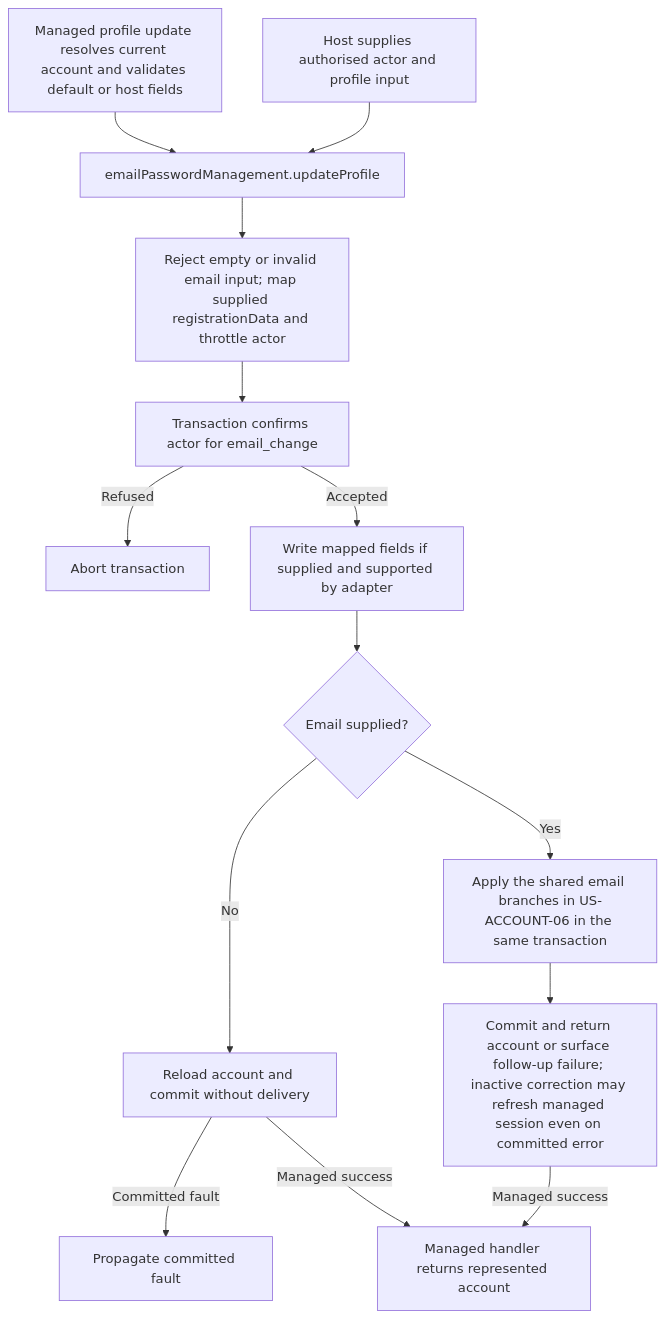
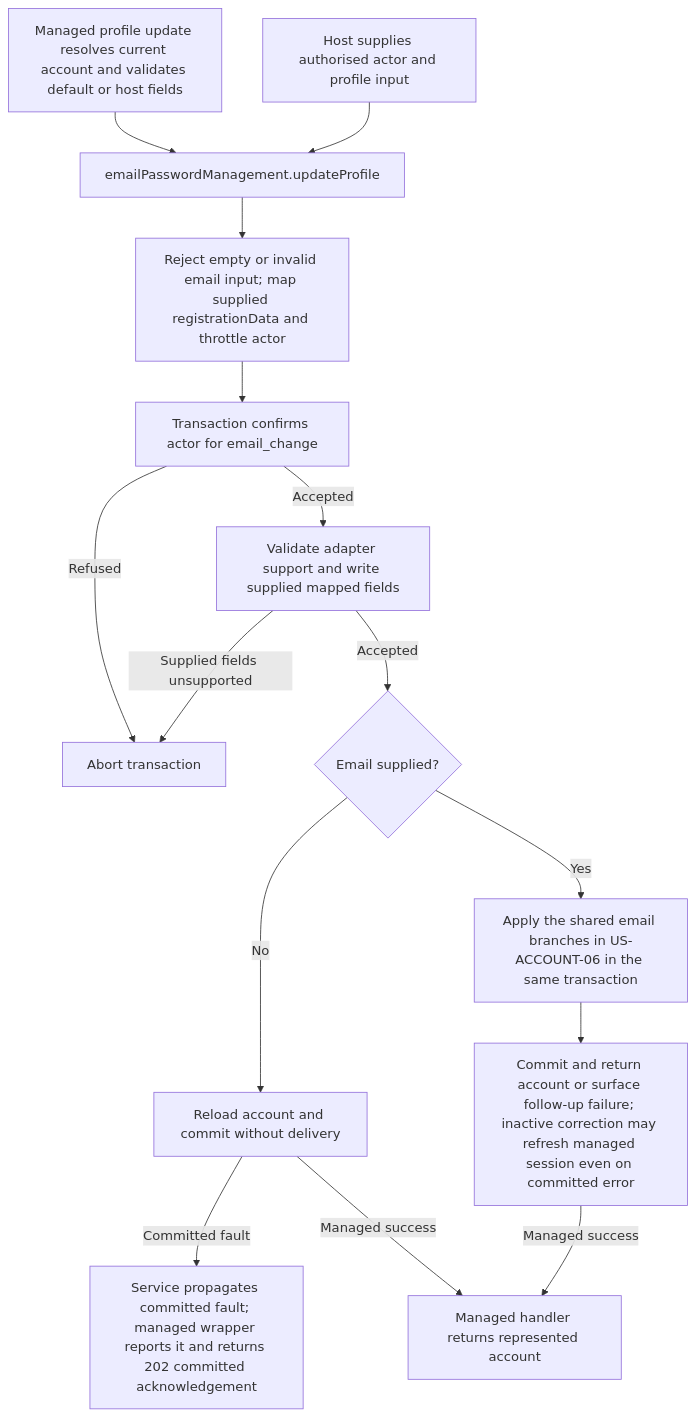
The second of 2 diagrams in user-stories/US-ACCOUNT-07-update-profile.md (Kevinjohn/oss-adonisjs-account-kit), drawn with Mermaid before and after one commit. The commit also changed other lines of this file and 5 other files, not shown here.

````diff
--- a/user-stories/US-ACCOUNT-07-update-profile.md
+++ b/user-stories/US-ACCOUNT-07-update-profile.md
@@ -31,16 +32,17 @@
 ```mermaid
 flowchart TD
   M["Managed profile update resolves current account and validates default or host fields"] --> A["emailPasswordManagement.updateProfile"]
   H0["Host supplies authorised actor and profile input"] --> A
   A --> B["Reject empty or invalid email input; map supplied registrationData and throttle actor"]
   B --> C["Transaction confirms actor for email_change"]
   C -->|Refused| E["Abort transaction"]
-  C -->|Accepted| D["Write mapped fields if supplied and supported by adapter"]
-  D --> G{"Email supplied?"}
+  C -->|Accepted| D["Validate adapter support and write supplied mapped fields"]
+  D -->|Supplied fields unsupported| E
+  D -->|Accepted| G{"Email supplied?"}
   G -->|No| H["Reload account and commit without delivery"]
-  H -->|Committed fault| F["Propagate committed fault"]
+  H -->|Committed fault| F["Service propagates committed fault; managed wrapper reports it and returns 202 committed acknowledgement"]
   G -->|Yes| I["Apply the shared email branches in US-ACCOUNT-06 in the same transaction"]
   I --> J["Commit and return account or surface follow-up failure; inactive correction may refresh managed session even on committed error"]
   H -->|Managed success| R["Managed handler returns represented account"]
   J -->|Managed success| R
 ```
````
